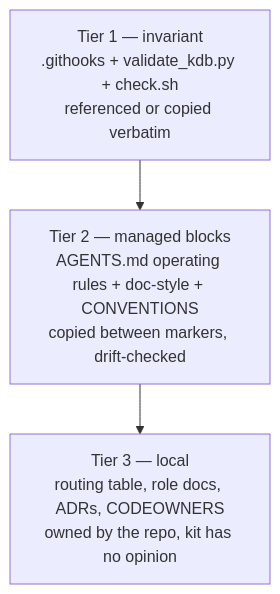
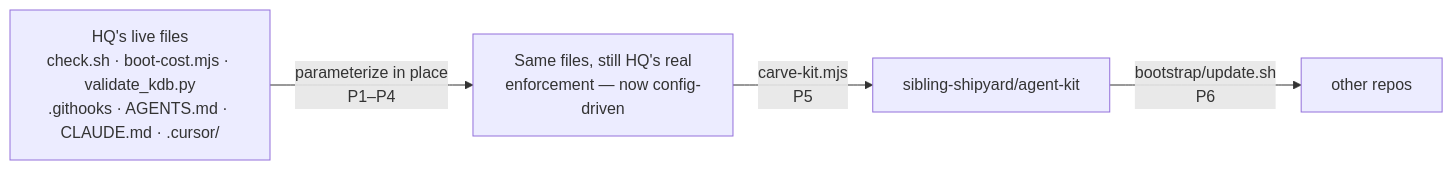
One commit to sibling-shipyard/coach-hq changed the diagram in docs/plans/agent-kit-extraction.md. Above: the diagram before and after it, drawn with Mermaid. The commit also changed other lines of this file, not shown here.

First line of the commit message:
core: extract in place then carve out, not a parallel kit tree

````diff
--- a/docs/plans/agent-kit-extraction.md
+++ b/docs/plans/agent-kit-extraction.md
@@ -16,7 +18,7 @@
 ```mermaid
-flowchart TD
-  inv["Tier 1 — invariant<br/>.githooks + validate_kdb.py + check.sh<br/>referenced or copied verbatim"]
-  man["Tier 2 — managed blocks<br/>AGENTS.md operating rules + doc-style + CONVENTIONS<br/>copied between markers, drift-checked"]
-  loc["Tier 3 — local<br/>routing table, role docs, ADRs, CODEOWNERS<br/>owned by the repo, kit has no opinion"]
-  inv --> man --> loc
+flowchart LR
+  live["HQ's live files<br/>check.sh · boot-cost.mjs · validate_kdb.py<br/>.githooks · AGENTS.md · CLAUDE.md · .cursor/"]
+  live -->|"parameterize in place<br/>P1–P4"| gen["Same files, still HQ's real<br/>enforcement — now config-driven"]
+  gen -->|"carve-kit.mjs<br/>P5"| kit["sibling-shipyard/agent-kit"]
+  kit -->|"bootstrap/update.sh<br/>P6"| other["other repos"]
 ```
````
